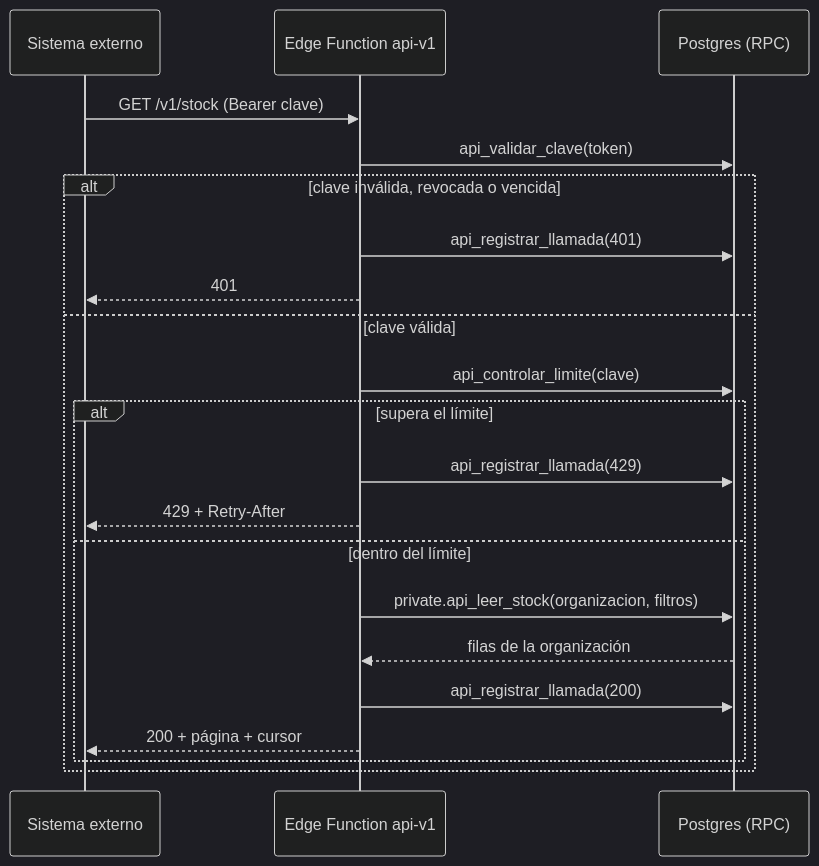
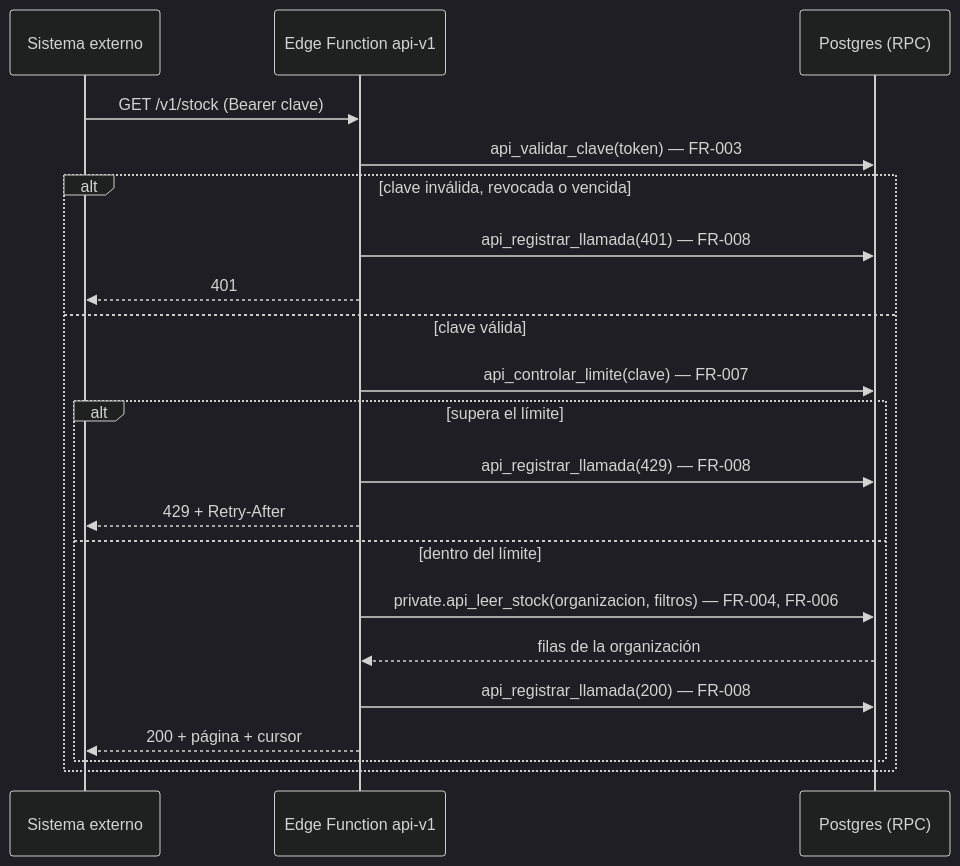
The first of 5 diagrams in specs/20270203-100000-api-e-asistente-con-ia/spec.md (nicolasjones/multistorefront-meli), drawn with Mermaid (dark theme) before and after one commit. The commit also changed other lines of this file and 5 other files, not shown here.

````diff
--- a/specs/20270203-100000-api-e-asistente-con-ia/spec.md
+++ b/specs/20270203-100000-api-e-asistente-con-ia/spec.md
@@ -179,23 +202,23 @@
 ```mermaid
 sequenceDiagram
   participant C as Sistema externo
   participant F as Edge Function api-v1
   participant DB as Postgres (RPC)
   C->>F: GET /v1/stock (Bearer clave)
-  F->>DB: api_validar_clave(token)
+  F->>DB: api_validar_clave(token) — FR-003
   alt clave inválida, revocada o vencida
-    F->>DB: api_registrar_llamada(401)
+    F->>DB: api_registrar_llamada(401) — FR-008
     F-->>C: 401
   else clave válida
-    F->>DB: api_controlar_limite(clave)
+    F->>DB: api_controlar_limite(clave) — FR-007
     alt supera el límite
-      F->>DB: api_registrar_llamada(429)
+      F->>DB: api_registrar_llamada(429) — FR-008
       F-->>C: 429 + Retry-After
     else dentro del límite
-      F->>DB: private.api_leer_stock(organizacion, filtros)
+      F->>DB: private.api_leer_stock(organizacion, filtros) — FR-004, FR-006
       DB-->>F: filas de la organización
-      F->>DB: api_registrar_llamada(200)
+      F->>DB: api_registrar_llamada(200) — FR-008
       F-->>C: 200 + página + cursor
     end
   end
 ```
````
